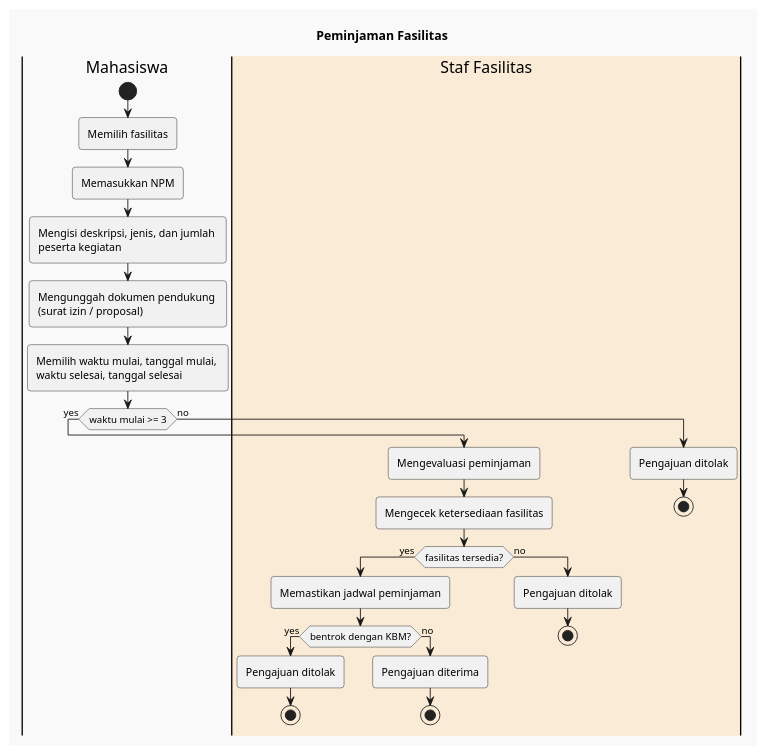
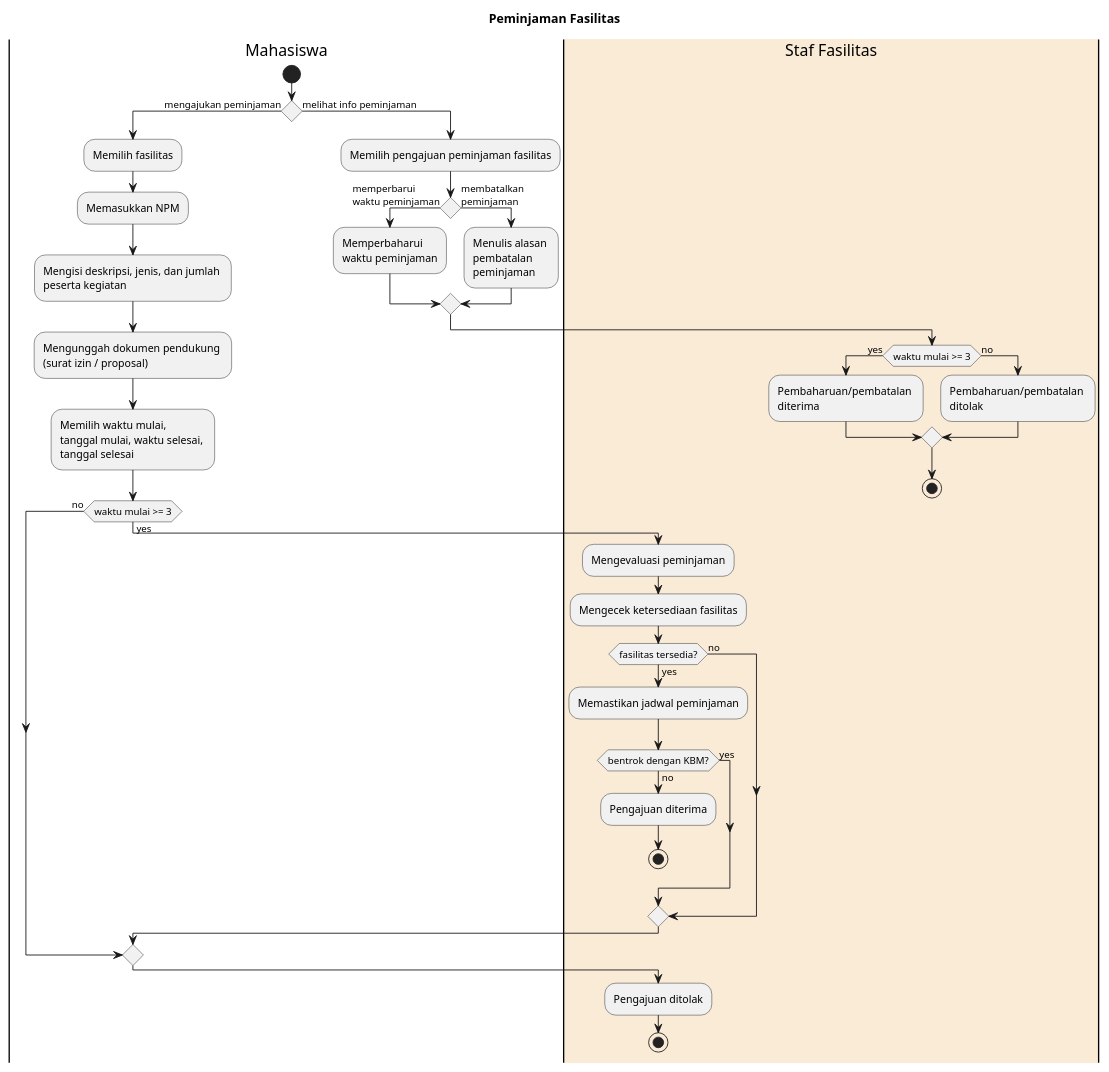
One commit to azhry/is-worksheets-csui changed the diagram in GA2/peminjaman-fasilitas.plantuml. Above: the diagram before and after it, drawn with PlantUML. The commit also changed 11 other files, not shown here.

Commit message:
added more diagrams

```diff
--- a/GA2/peminjaman-fasilitas.plantuml
+++ b/GA2/peminjaman-fasilitas.plantuml
@@ -1,33 +1,47 @@
 @startuml
 title Peminjaman Fasilitas
-!theme mars
 |Mahasiswa|
 start
-:Memilih fasilitas;
-:Memasukkan NPM;
-:Mengisi deskripsi, jenis, dan jumlah \npeserta kegiatan;
-:Mengunggah dokumen pendukung \n(surat izin / proposal);
-:Memilih waktu mulai, tanggal mulai, \nwaktu selesai, tanggal selesai;
-if (waktu mulai >= 3) is (yes) then
-    |#AntiqueWhite|Staf Fasilitas|
-    :Mengevaluasi peminjaman;
-    :Mengecek ketersediaan fasilitas;
-    if (fasilitas tersedia?) is (yes) then
-        :Memastikan jadwal peminjaman;
-        if (bentrok dengan KBM?) is (yes) then
-            :Pengajuan ditolak;
-            stop
+if () is (mengajukan peminjaman) then
+    :Memilih fasilitas;
+    :Memasukkan NPM;
+    :Mengisi deskripsi, jenis, dan jumlah \npeserta kegiatan;
+    :Mengunggah dokumen pendukung \n(surat izin / proposal);
+    :Memilih waktu mulai, 
+    tanggal mulai, waktu selesai, 
+    tanggal selesai;
+    if (waktu mulai >= 3) is (yes) then
+        |#AntiqueWhite|Staf Fasilitas|
+        ' -[#black,dashed]->
+        :Mengevaluasi peminjaman;
+        :Mengecek ketersediaan fasilitas;
+        if (fasilitas tersedia?) is (yes) then
+            :Memastikan jadwal peminjaman;
+            if (bentrok dengan KBM?) is (yes) then
+            else (no)
+                :Pengajuan diterima;
+                stop
+            endif
         else (no)
-            :Pengajuan diterima;
-            stop
         endif
     else (no)
-        :Pengajuan ditolak;
-        stop
     endif
-else (no)
-    |Staf Fasilitas|
     :Pengajuan ditolak;
+    stop
+else (melihat info peminjaman)
+    |Mahasiswa|
+    :Memilih pengajuan peminjaman fasilitas;
+    if () is (memperbarui \nwaktu peminjaman) then
+        :Memperbaharui \nwaktu peminjaman;
+    else (membatalkan \npeminjaman)
+        :Menulis alasan \npembatalan \npeminjaman;
+    endif
+    |#AntiqueWhite|Staf Fasilitas|
+    if (waktu mulai >= 3) is (yes) then
+        :Pembaharuan/pembatalan \nditerima;
+    else (no)
+        :Pembaharuan/pembatalan \nditolak;
+    endif
     stop
 endif
 @enduml
```
